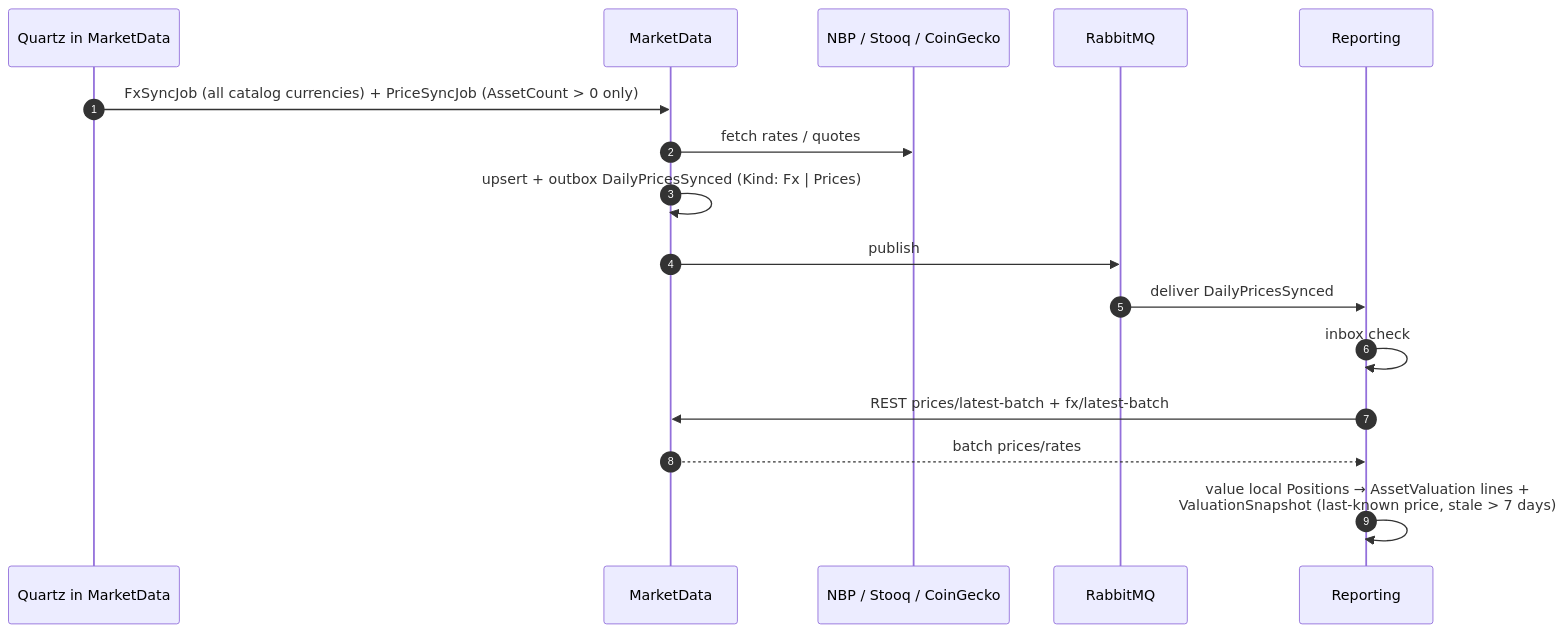
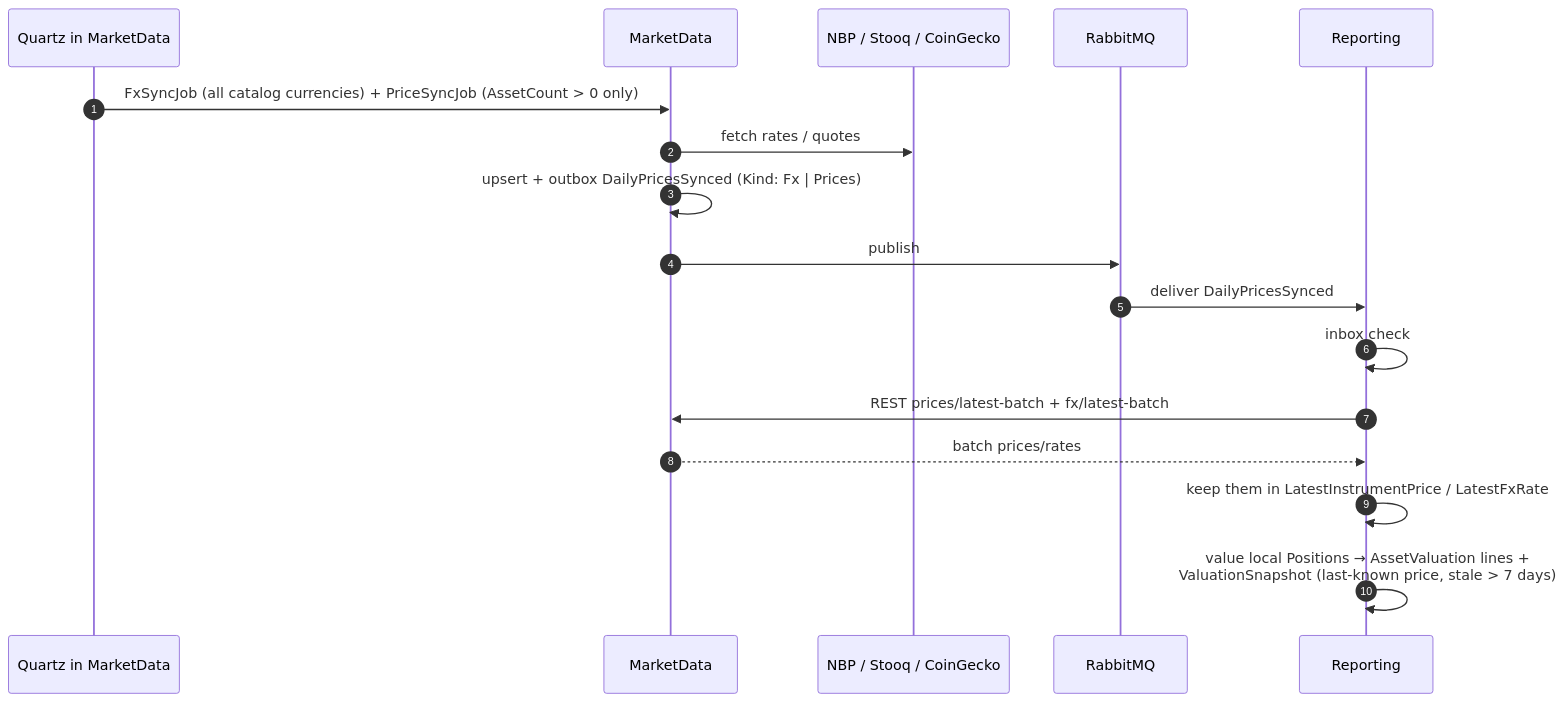
The fourth of 6 diagrams in skarbiec-plan/architecture.md (Maliniak93/FinMel), drawn with Mermaid before and after one commit. The commit also changed other lines of this file and 21 other files, not shown here.

````diff
--- a/skarbiec-plan/architecture.md
+++ b/skarbiec-plan/architecture.md
@@ -131,19 +132,20 @@
 ```mermaid
 sequenceDiagram
     autonumber
     participant Q as Quartz in MarketData
     participant MD as MarketData
     participant EXT as NBP / Stooq / CoinGecko
     participant MQ as RabbitMQ
     participant RP as Reporting
 
     Q->>MD: FxSyncJob (all catalog currencies) + PriceSyncJob (AssetCount > 0 only)
     MD->>EXT: fetch rates / quotes
     MD->>MD: upsert + outbox DailyPricesSynced (Kind: Fx | Prices)
     MD->>MQ: publish
     MQ->>RP: deliver DailyPricesSynced
     RP->>RP: inbox check
     RP->>MD: REST prices/latest-batch + fx/latest-batch
     MD-->>RP: batch prices/rates
+    RP->>RP: keep them in LatestInstrumentPrice / LatestFxRate
     RP->>RP: value local Positions → AssetValuation lines +<br/>ValuationSnapshot (last-known price, stale > 7 days)
 ```
````
